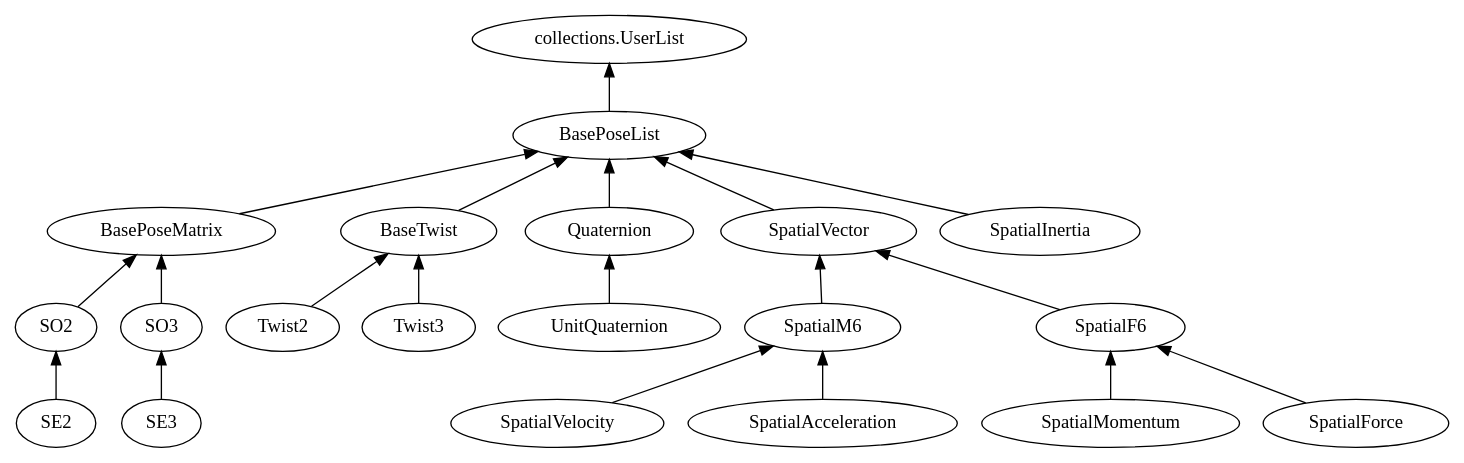
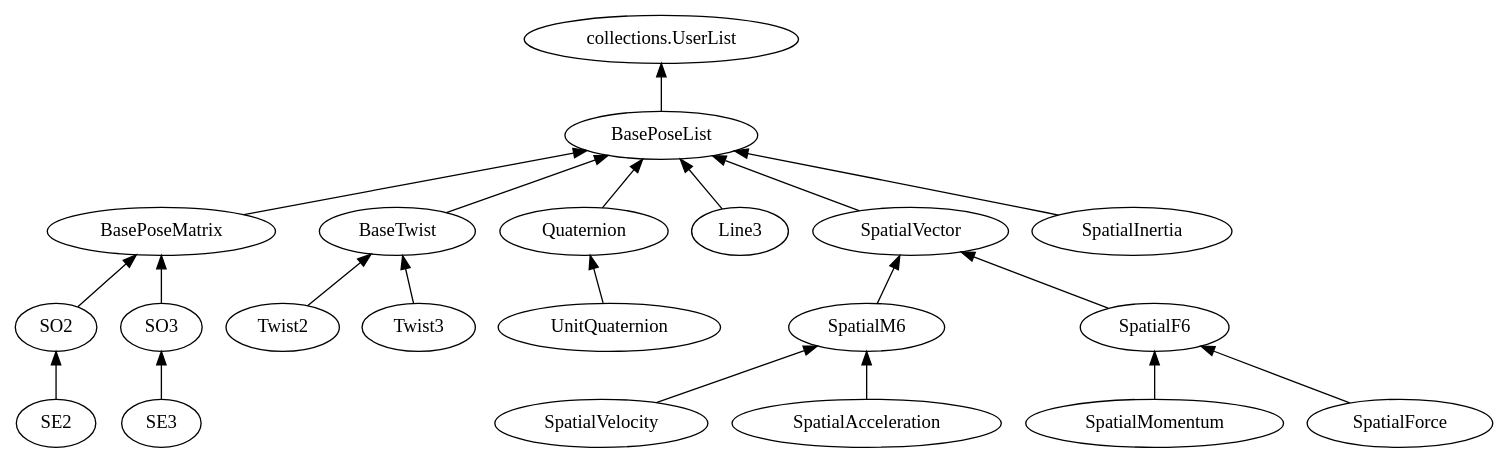
One commit to bdaiinstitute/spatialmath-python changed the diagram in docs/figs/classes.dot. Above: the diagram before and after it, drawn with Graphviz. The commit also changed 9 other files, not shown here.

```diff
--- a/docs/figs/classes.dot
+++ b/docs/figs/classes.dot
@@ -1,24 +1,25 @@
 # dot -Tpdf classes.dot > classes.pdf ; open classes.pdf
 # dot -Tpng -Gdpi=150 -Nfontsize=20 -Nfontname=Roboto classes.dot > classes.png
 digraph G {
 	graph [rankdir=BT];
 	BasePoseList -> "collections.UserList"
 	BasePoseMatrix -> BasePoseList
 	SO2 -> BasePoseMatrix
 	SO3 -> BasePoseMatrix
 	SE2 -> SO2
 	SE3 -> SO3
 	BaseTwist -> BasePoseList
 	Twist2 -> BaseTwist
 	Twist3 -> BaseTwist
 	Quaternion -> BasePoseList
 	UnitQuaternion -> Quaternion
+	Line3 -> BasePoseList
 	SpatialVector -> BasePoseList
 	SpatialM6 -> SpatialVector
 	SpatialF6 -> SpatialVector
 	SpatialVelocity -> SpatialM6
 	SpatialAcceleration -> SpatialM6
 	SpatialMomentum -> SpatialF6
 	SpatialForce -> SpatialF6
 	SpatialInertia -> BasePoseList
 }
```
